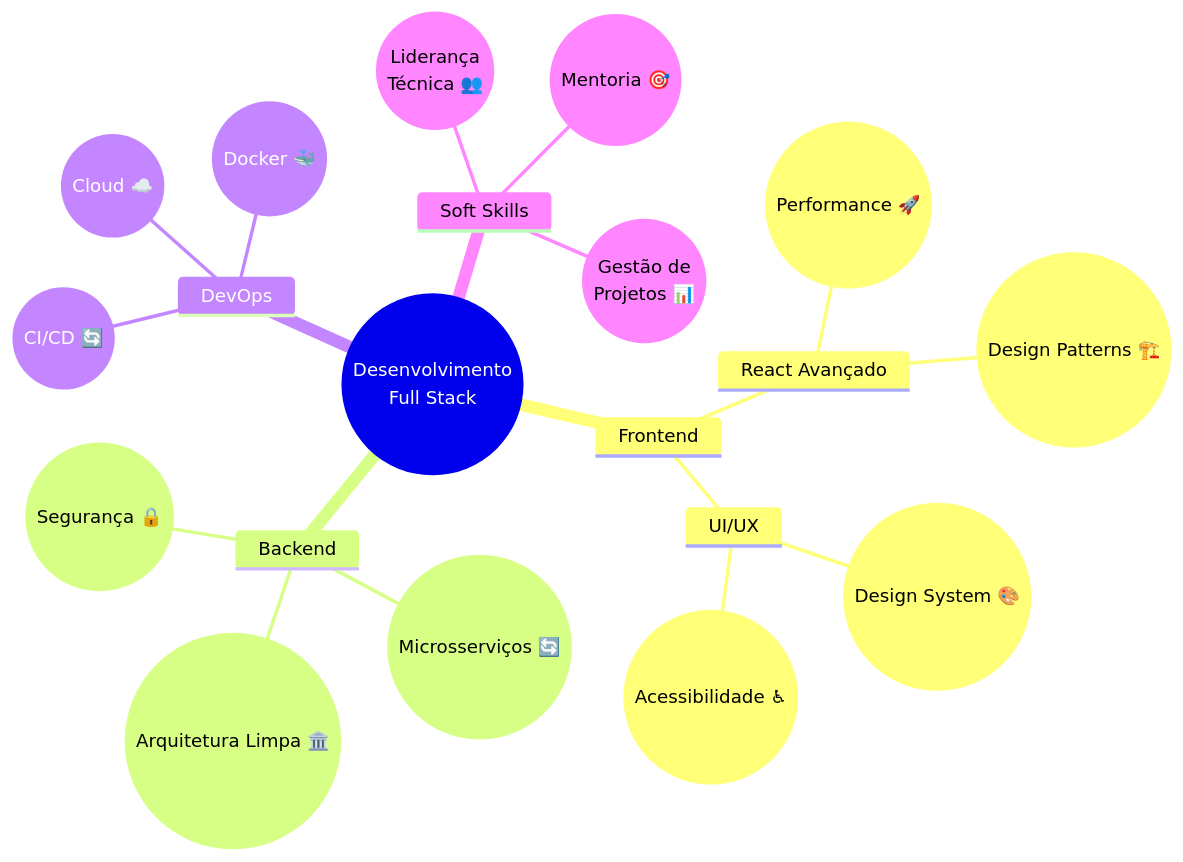
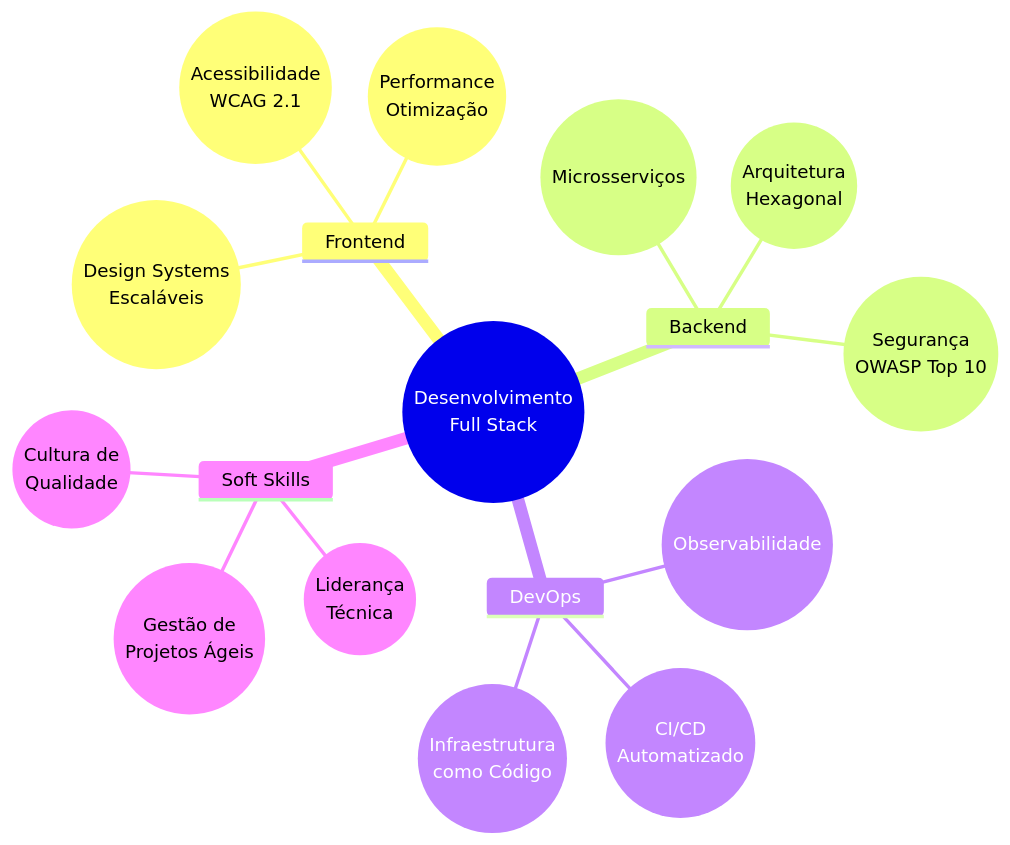
The diagram in README.md (StephanyeCunto/StephanyeCunto), drawn with Mermaid before and after one commit. The commit also changed other lines of this file, not shown here.

````diff
--- a/README.md
+++ b/README.md
@@ -166,28 +117,25 @@
 ```mermaid
 mindmap
     root((Desenvolvimento<br>Full Stack))
         %% Frontend Branch
         Frontend
-            React Avançado
-                ((Performance 🚀))
-                ((Design Patterns 🏗️))
-            UI/UX
-                ((Design System 🎨))
-                ((Acessibilidade ♿))
+            ((Design Systems<br>Escaláveis ))
+            ((Performance <br>Otimização ))
+            ((Acessibilidade<br>WCAG 2.1 ))
         %% Backend Branch
         Backend
-            ((Arquitetura Limpa 🏛️))
-            ((Microsserviços 🔄))
-            ((Segurança 🔒))
+            ((Arquitetura<br>Hexagonal ))
+            ((Microsserviços ))
+            ((Segurança<br>OWASP Top 10 ))
         %% DevOps Branch
         DevOps
-            ((Docker 🐳))
-            ((CI/CD 🔄))
-            ((Cloud ☁️))
+            ((CI/CD<br>Automatizado ))
+            ((Infraestrutura<br>como Código ))
+            ((Observabilidade ))
         %% Soft Skills Branch
         Soft Skills
-            ((Liderança<br>Técnica 👥))
-            ((Mentoria 🎯))
-            ((Gestão de<br>Projetos 📊))
+            ((Liderança<br>Técnica ))
+            ((Cultura de<br>Qualidade ))
+            ((Gestão de<br>Projetos Ágeis ))          
 
 ```
````
